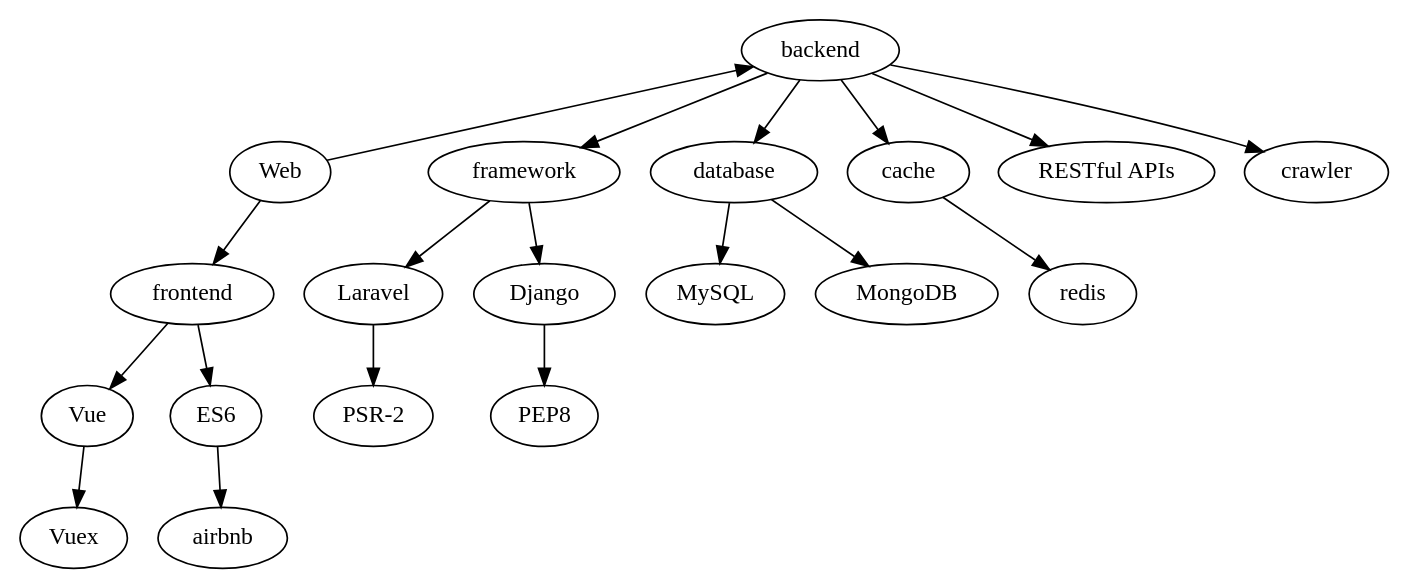
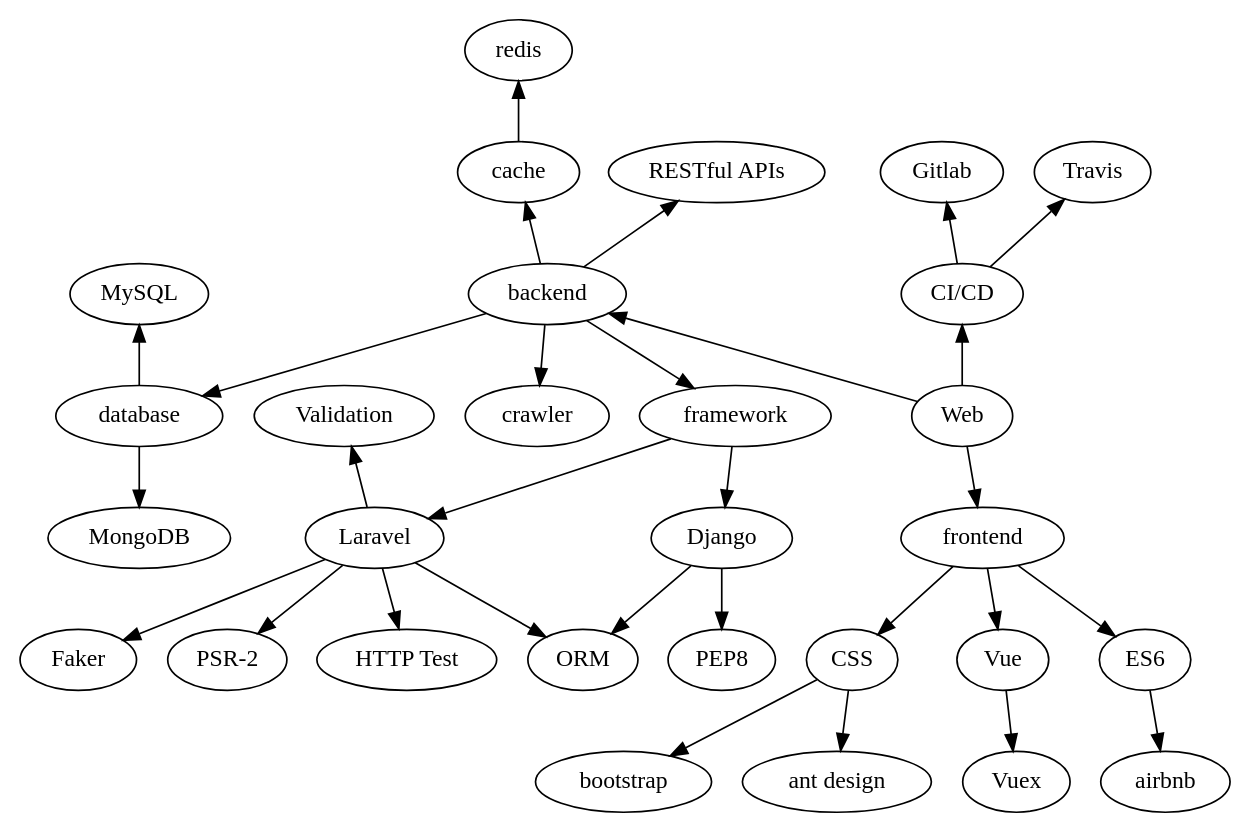
One commit to titaneric/hexo.titaneric.github.io changed the second of 3 diagrams in source/about/index.md. Above: the diagram before and after it, drawn with Graphviz. The commit also changed other lines of this file, not shown here.

Commit message:
:penguin: Update about page

````diff
--- a/source/about/index.md
+++ b/source/about/index.md
@@ -31,35 +34,50 @@
 ```graphviz
 digraph hierarchy {
     node [color=Black,fontname=consolus,shape=oval] //All nodes will this shape and colour
     subgraph Web {
         "Web"->"frontend"
         "backend"->"Web"[dir=back]
+        "CI/CD"->"Web"[dir=back]
     }
     subgraph frontend {
         "frontend"->"Vue"
         "Vue"->"Vuex"
         
         "frontend"->"ES6"
         "ES6"->"airbnb"
+        
+        "frontend"->"CSS"
+        "CSS"->"bootstrap"
+        "CSS"->"ant design"
    }
     subgraph backend {
         "backend"->"framework"
         "framework"->"Laravel"
         "Laravel"->"PSR-2"
+        "Laravel"->"HTTP Test"
+        "Laravel"->"Faker"
+        "Laravel"->"ORM"
+        "Laravel"[dir=back]
+        "Validation"->"Laravel"[dir=back]
         
         "framework"->"Django"
         "Django"->"PEP8"
+        "Django"->"ORM"
         
         "backend"->"database"
-        "database"->"MySQL"
+        "MySQL"->"database"[dir=back]
         "database"->"MongoDB"
         
-        "backend"->"cache"
-        "cache"->"redis"
+        "cache"->"backend"[dir=back]
+        "redis"->"cache"[dir=back]
         
-        "backend"->"RESTful APIs"
+        "RESTful APIs"->"backend"[dir=back]
         
         "backend"->"crawler"
     }
+    subgraph CI{
+        "Gitlab"->"CI/CD"[dir=back]
+        "Travis"->"CI/CD"[dir=back]
+    }
 }
 ```
````
